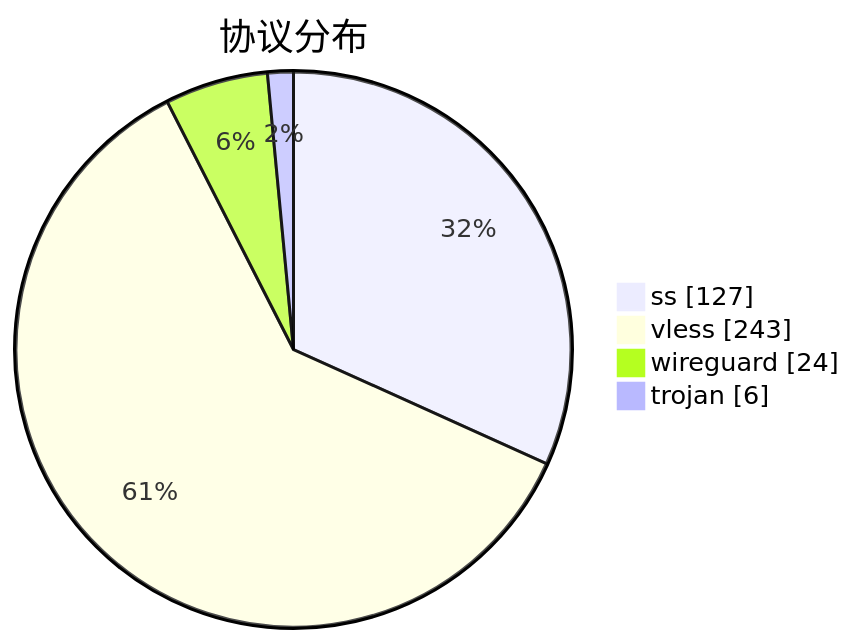
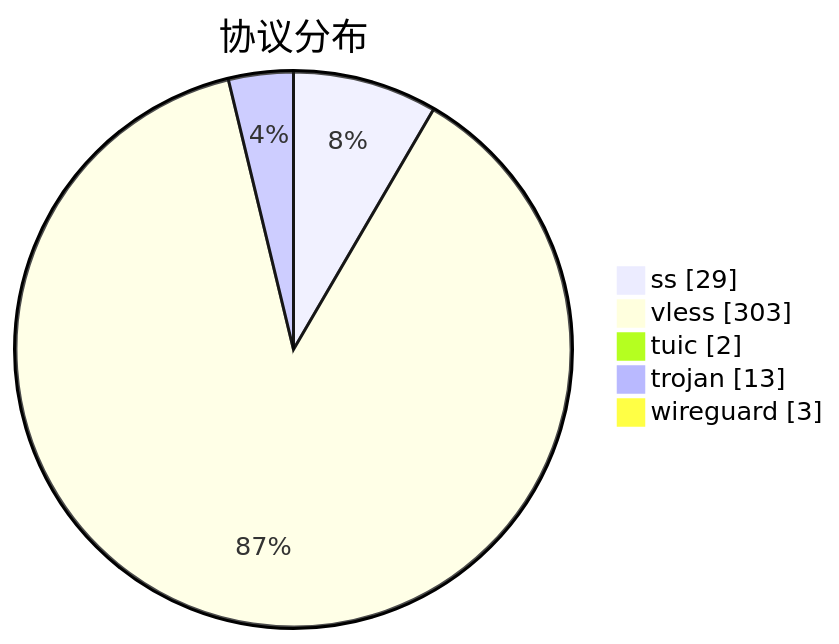
The third of 3 diagrams in subs/statistics/tested_within.md (qjlxg/airport), drawn with Mermaid before and after one commit. The commit also changed other lines of this file and 2 other files, not shown here.

````diff
--- a/subs/statistics/tested_within.md
+++ b/subs/statistics/tested_within.md
@@ -30,8 +28,9 @@
 ```mermaid
 pie showData
 title 协议分布
-"ss" : 127
-"vless" : 243
-"wireguard" : 24
-"trojan" : 6
+"ss" : 29
+"vless" : 303
+"tuic" : 2
+"trojan" : 13
+"wireguard" : 3
 ```
````
